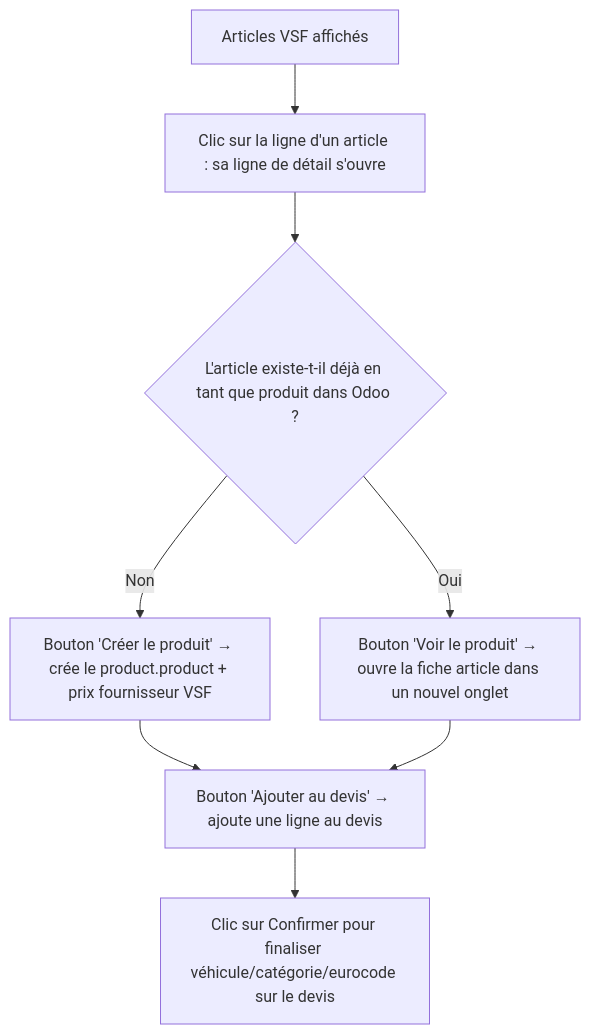
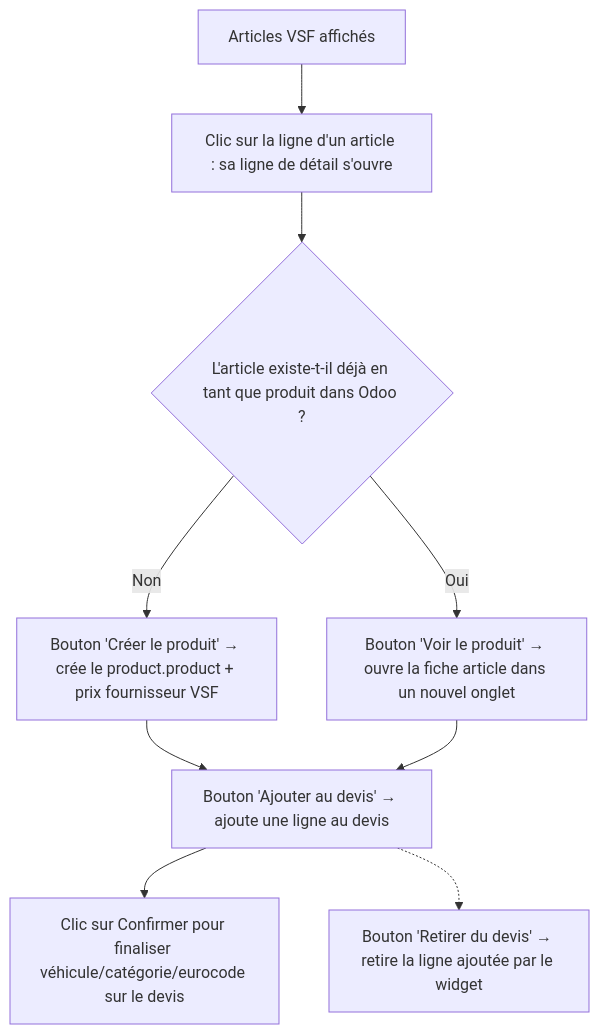
The third of 3 diagrams in rpbm_agent/docs/fonctionnel/parcours-utilisateur.md (rpbmSdk/rpbm), drawn with Mermaid before and after one commit. The commit also changed other lines of this file and 9 other files, not shown here.

````diff
--- a/rpbm_agent/docs/fonctionnel/parcours-utilisateur.md
+++ b/rpbm_agent/docs/fonctionnel/parcours-utilisateur.md
@@ -76,10 +78,11 @@
 ```mermaid
 flowchart TD
     U[Articles VSF affichés] --> S["Clic sur la ligne d'un article : sa ligne de détail s'ouvre"]
     S --> W2{L'article existe-t-il déjà en tant que produit dans Odoo ?}
     W2 -->|Non| W3["Bouton 'Créer le produit' → crée le product.product + prix fournisseur VSF"]
     W2 -->|Oui| W4["Bouton 'Voir le produit' → ouvre la fiche article dans un nouvel onglet"]
     W3 --> W5["Bouton 'Ajouter au devis' → ajoute une ligne au devis"]
     W4 --> W5
     W5 --> W6[Clic sur Confirmer pour finaliser véhicule/catégorie/eurocode sur le devis]
+    W5 -.-> W5R["Bouton 'Retirer du devis' → retire la ligne ajoutée par le widget"]
 ```
````
